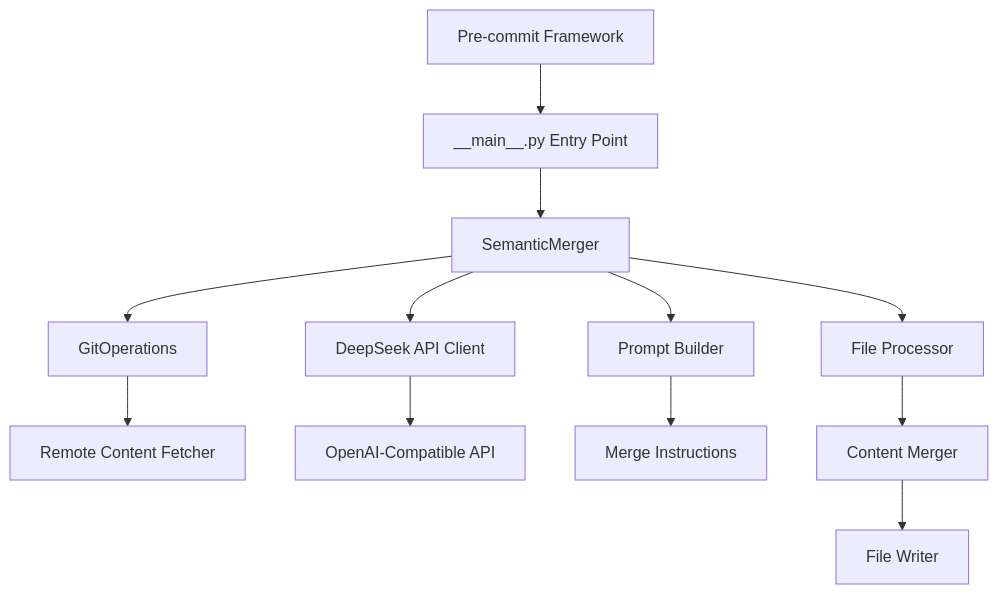
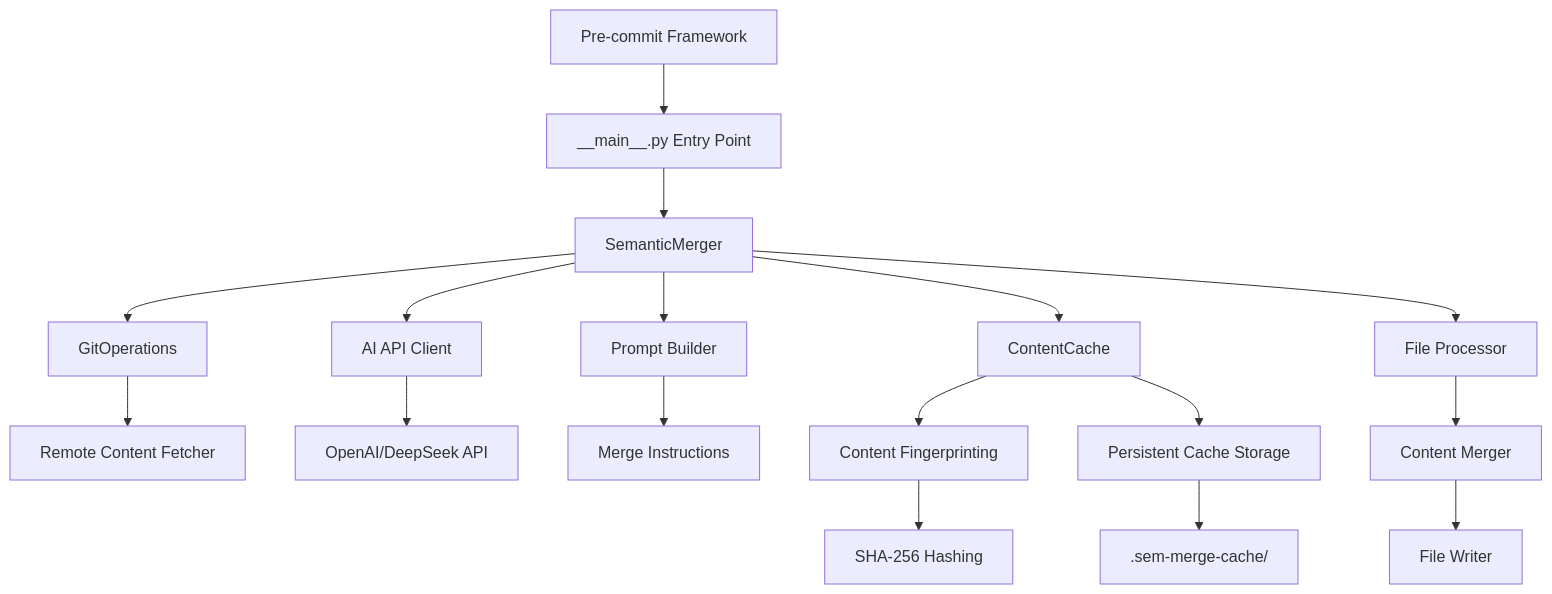
One commit to akravetz/sem-merge changed the diagram in memory-bank/systemPatterns.md. Above: the diagram before and after it, drawn with Mermaid. The commit also changed other lines of this file and 9 other files, not shown here.

````diff
--- a/memory-bank/systemPatterns.md
+++ b/memory-bank/systemPatterns.md
@@ -6,16 +6,22 @@
 ```mermaid
 flowchart TD
     A[Pre-commit Framework] --> B[__main__.py Entry Point]
     B --> C[SemanticMerger]
     C --> D[GitOperations]
-    C --> E[DeepSeek API Client]
+    C --> E[AI API Client]
     C --> F[Prompt Builder]
+    C --> G[ContentCache]
     
-    D --> G[Remote Content Fetcher]
-    E --> H[OpenAI-Compatible API]
-    F --> I[Merge Instructions]
+    D --> H[Remote Content Fetcher]
+    E --> I[OpenAI/DeepSeek API]
+    F --> J[Merge Instructions]
+    G --> K[Content Fingerprinting]
     
-    C --> J[File Processor]
-    J --> K[Content Merger]
-    K --> L[File Writer]
+    C --> L[File Processor]
+    L --> M[Content Merger]
+    M --> N[File Writer]
+    
+    G --> O[Persistent Cache Storage]
+    K --> P[SHA-256 Hashing]
+    O --> Q[.sem-merge-cache/]
 ```
````
